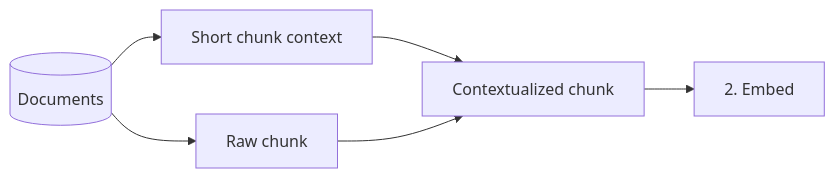
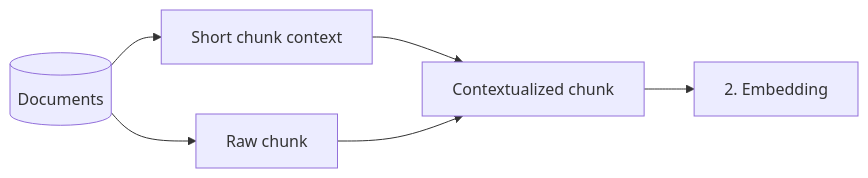
Before and after one commit to w4bo/AA2627-unibo-dcai: the tenth of 24 diagrams in slides/02-rag.qmd, drawn with Mermaid. The commit also changed other lines of this file, not shown here.

````diff
--- a/slides/02-rag.qmd
+++ b/slides/02-rag.qmd
@@ -429,9 +520,9 @@
 ```{mermaid}
 %%| echo: false
 flowchart LR
   Doc[(Documents)] --> Chunk[Raw chunk]
   Doc --> Summary[Short chunk context]
   Summary --> Enriched[Contextualized chunk]
   Chunk --> Enriched
-  Enriched --> Embed[2. Embed]
+  Enriched --> Embed[2. Embedding]
 ```
````
